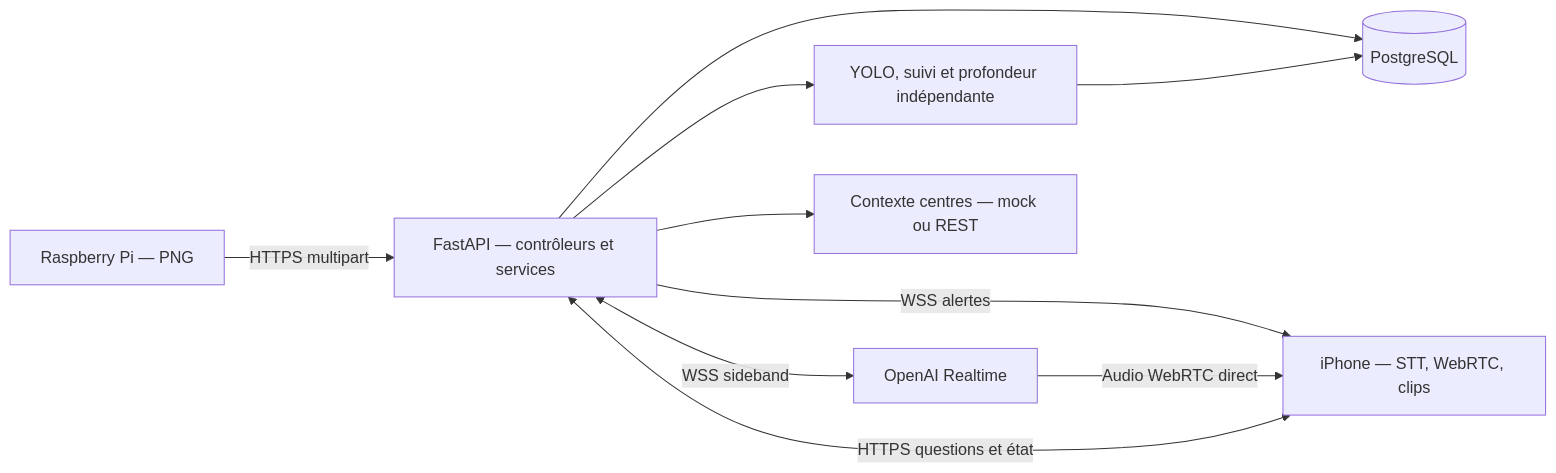
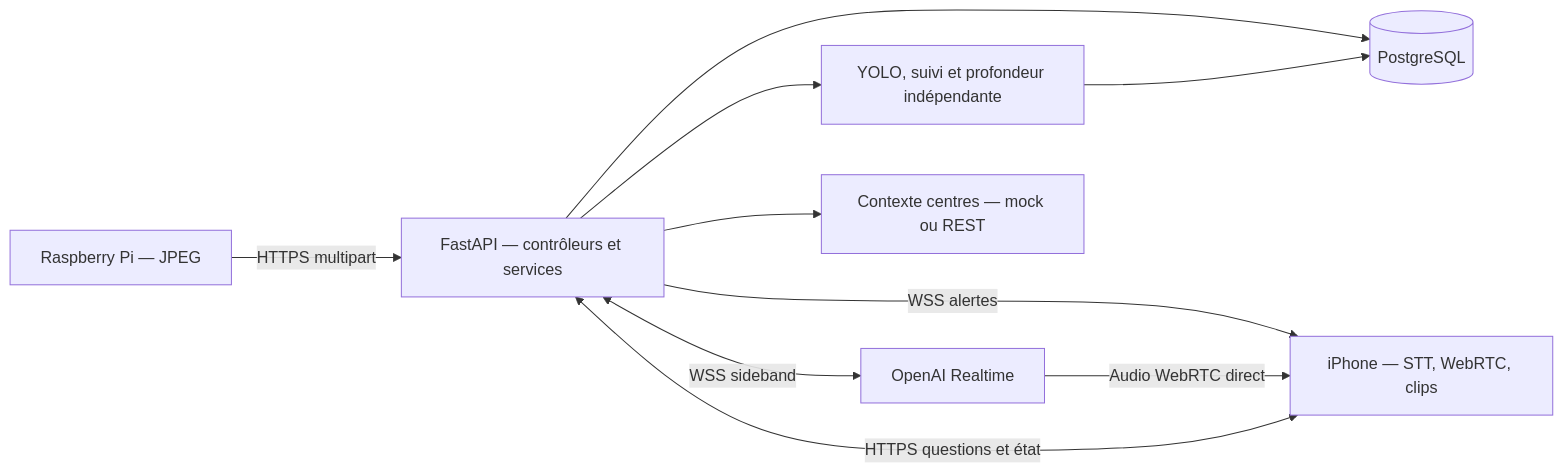
The first of 7 diagrams in docs/01-architecture.md (Mindsept/Looki--Vision), drawn with Mermaid before and after one commit. The commit also changed other lines of this file and 26 other files, not shown here.

````diff
--- a/docs/01-architecture.md
+++ b/docs/01-architecture.md
@@ -11,12 +11,12 @@
 ```mermaid
 flowchart LR
-    Pi["Raspberry Pi — PNG"] -->|"HTTPS multipart"| API["FastAPI — contrôleurs et services"]
+    Pi["Raspberry Pi — JPEG"] -->|"HTTPS multipart"| API["FastAPI — contrôleurs et services"]
     API --> DB[("PostgreSQL")]
     API --> Vision["YOLO, suivi et profondeur indépendante"]
     Vision --> DB
     App["iPhone — STT, WebRTC, clips"] <-->|"HTTPS questions et état"| API
     API -->|"WSS alertes"| App
     API <-->|"WSS sideband"| RT["OpenAI Realtime"]
     RT -->|"Audio WebRTC direct"| App
     API --> Centres["Contexte centres — mock ou REST"]
 ```
````
